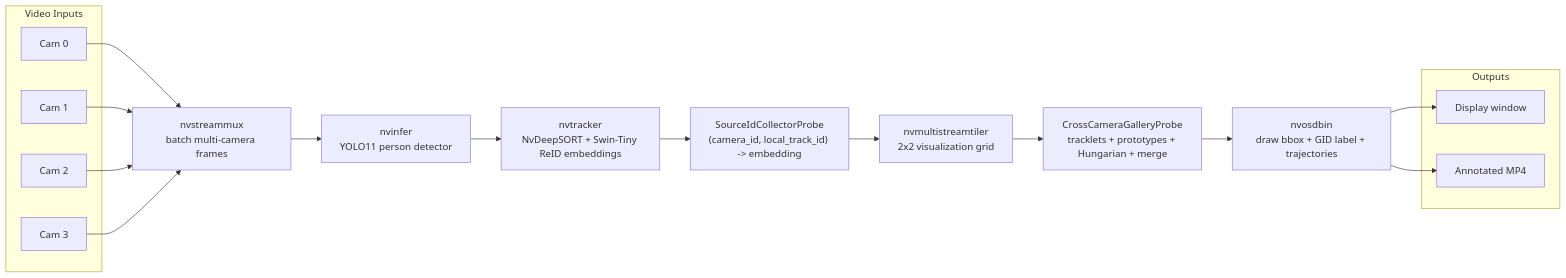
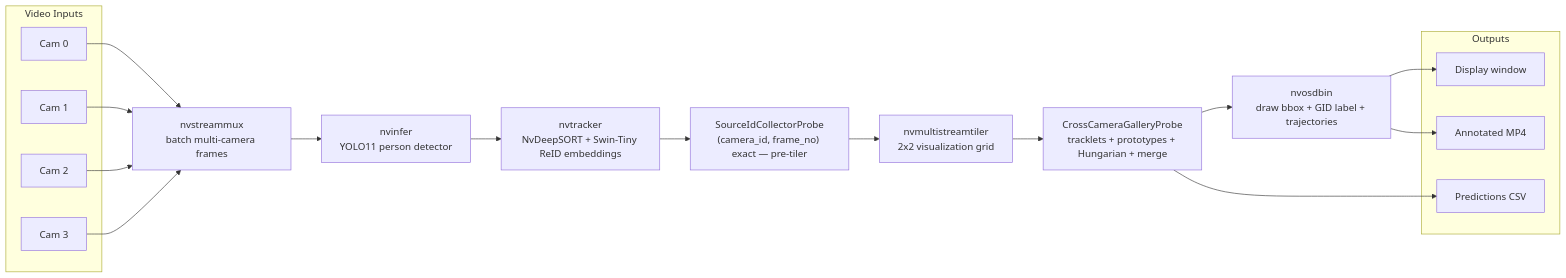
Before and after one commit to NLT22/multi_stream_people_tracker: the diagram in README.md, drawn with Mermaid. The commit also changed other lines of this file and 24 other files, not shown here.

````diff
--- a/README.md
+++ b/README.md
@@ -216,31 +216,33 @@
 ```mermaid
 flowchart LR
     subgraph Inputs["Video Inputs"]
         C0["Cam 0"]
         C1["Cam 1"]
         C2["Cam 2"]
         C3["Cam 3"]
     end
 
     C0 --> MUX
     C1 --> MUX
     C2 --> MUX
     C3 --> MUX
 
     MUX["nvstreammux<br/>batch multi-camera frames"]
     DET["nvinfer<br/>YOLO11 person detector"]
     TRK["nvtracker<br/>NvDeepSORT + Swin-Tiny ReID embeddings"]
-    SRC["SourceIdCollectorProbe<br/>(camera_id, local_track_id) -> embedding"]
+    SRC["SourceIdCollectorProbe<br/>(camera_id, frame_no) exact — pre-tiler"]
     TILER["nvmultistreamtiler<br/>2x2 visualization grid"]
     REID["CrossCameraGalleryProbe<br/>tracklets + prototypes + Hungarian + merge"]
     OSD["nvosdbin<br/>draw bbox + GID label + trajectories"]
 
     subgraph Outputs["Outputs"]
         DISPLAY["Display window"]
         VIDEO["Annotated MP4"]
+        CSV["Predictions CSV"]
     end
 
     MUX --> DET --> TRK --> SRC --> TILER --> REID --> OSD
     OSD --> DISPLAY
     OSD --> VIDEO
+    REID --> CSV
 ```
````
